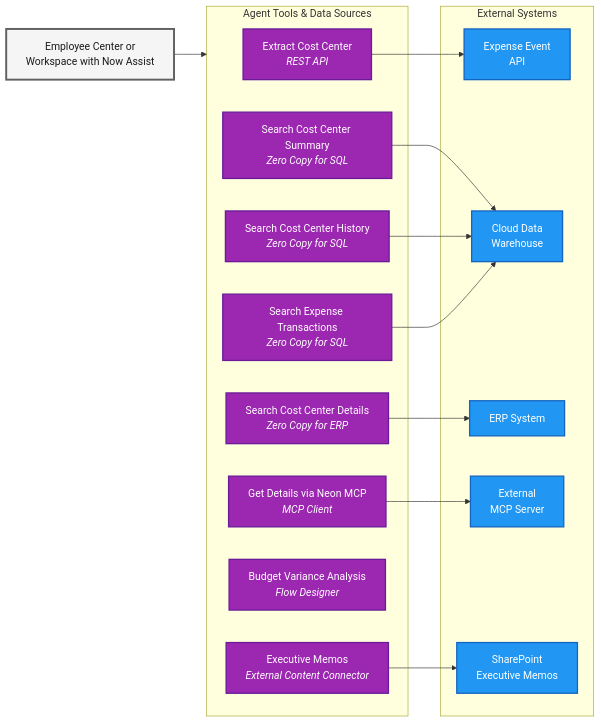
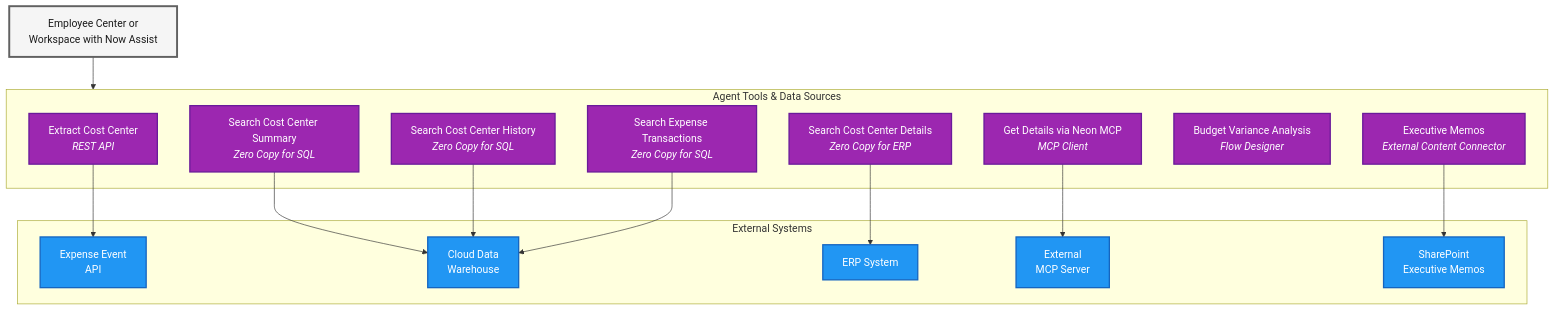
Before and after one commit to leojacinto/WorkflowDataFabric-TypeB: the diagram in README.md, drawn with Mermaid.

Commit message:
GITBOOK-46: No subject

````diff
--- a/README.md
+++ b/README.md
@@ -34,51 +34,51 @@
 ```mermaid
-graph LR
+graph TB
 
 
     EC[Employee Center or<br/>Workspace with Now Assist]
   
     subgraph TOOLS["Agent Tools & Data Sources"]
         T1["Extract Cost Center<br/><i>REST API</i>"]
         T2["Search Cost Center Details<br/><i>Zero Copy for ERP</i>"]
         T3["Search Cost Center Summary<br/><i>Zero Copy for SQL</i>"]        
         T4["Search Cost Center History<br/><i>Zero Copy for SQL</i>"]
         T5["Search Expense Transactions<br/><i>Zero Copy for SQL</i>"]
         T6["Get Details via Neon MCP<br/><i>MCP Client</i>"]
         T7["Budget Variance Analysis<br/><i>Flow Designer</i>"]
         T8["Executive Memos<br/><i>External Content Connector</i>"]
     end
 
     subgraph EXT["External Systems"]
         API["Expense Event<br/>API"]
         CDW["Cloud Data<br/>Warehouse"]
         ERP["ERP System"]
         MCP_EXT["External<br/>MCP Server"]
         SharePoint[SharePoint<br/>Executive Memos]
     end
 
    
     EC --> TOOLS
     T1 --> API
     T2 --> ERP
     T3 --> CDW
     T4 --> CDW
     T5 --> CDW
     T6 --> MCP_EXT
     T8 --> SharePoint
     
   
 
     %% Styling
     classDef external fill:#2196F3,stroke:#1565C0,stroke-width:2px,color:#fff
     classDef user fill:#F5F5F5,stroke:#616161,stroke-width:3px,color:#1a1a1a
     classDef nowassist fill:#FFB300,stroke:#F57F17,stroke-width:2px,color:#1a1a1a
     classDef platform fill:#4CAF50,stroke:#2E7D32,stroke-width:2px,color:#fff
     classDef wdf fill:#9C27B0,stroke:#6A1B9A,stroke-width:2px,color:#fff
     classDef user fill:#F5F5F5,stroke:#616161,stroke-width:3px,color:#1a1a1a
 
     class API,CDW,ERP,MCP_EXT,SharePoint external
     class Agent,RAG nowassist
     class T1,T2,T3,T4,T5,T6,T7,T8 wdf
     class FC platform
     class EC user
 ```
````
